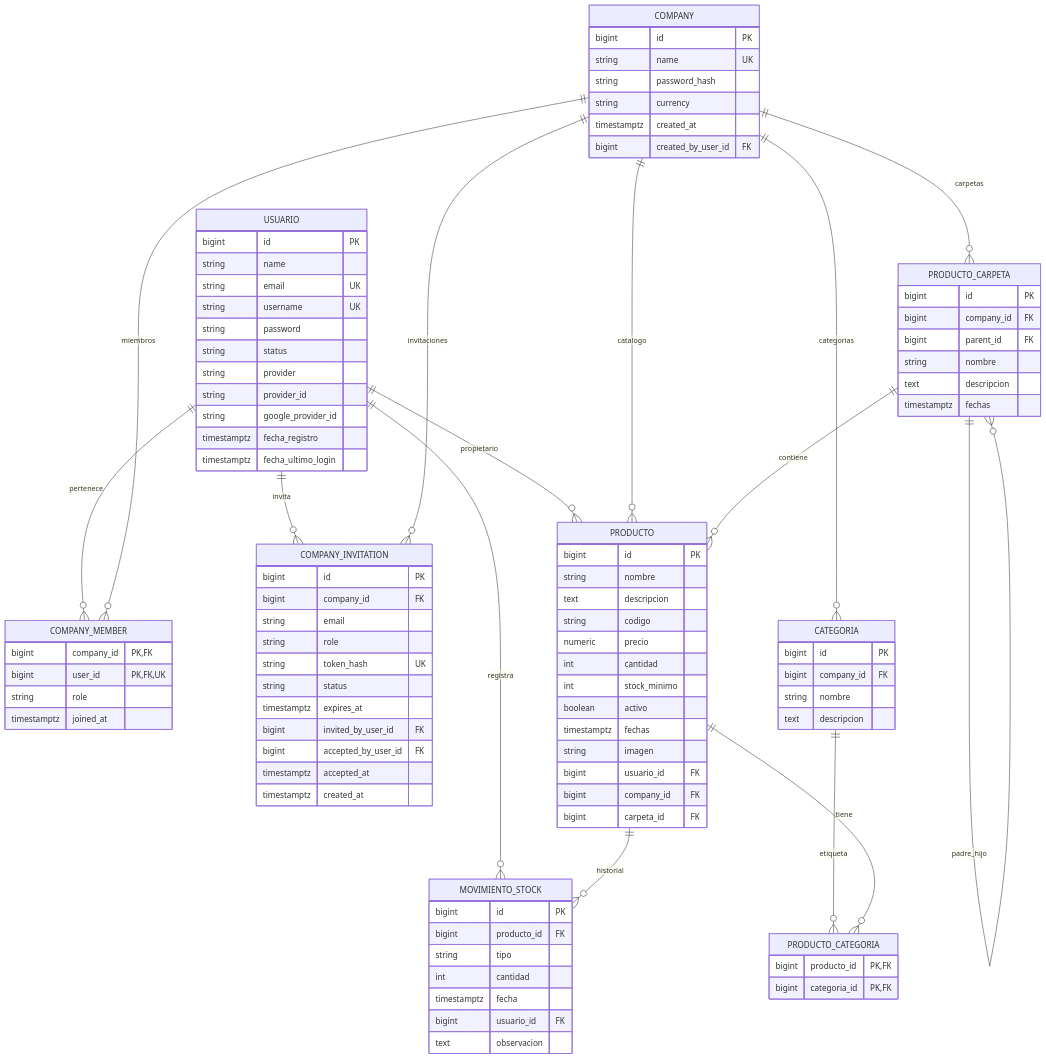
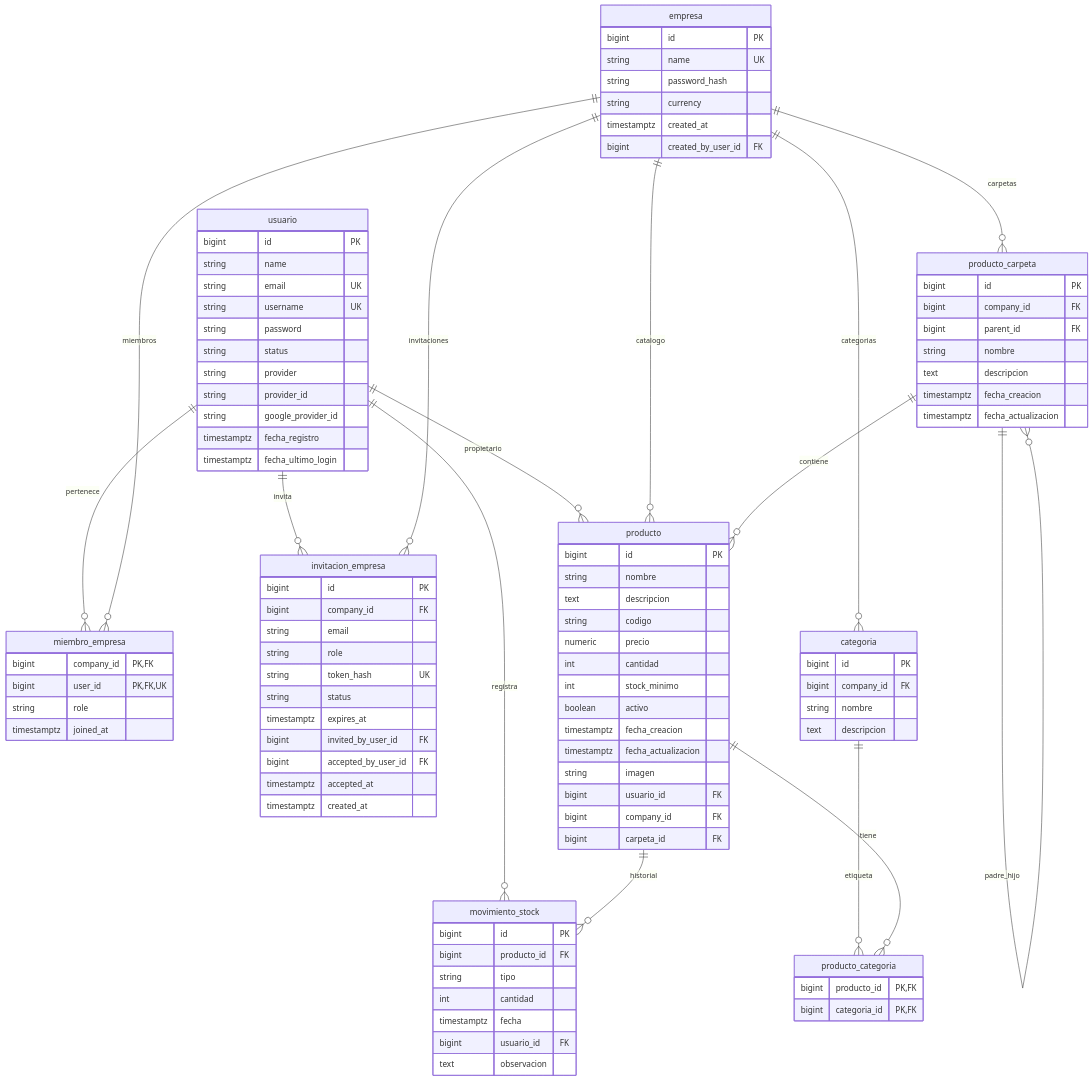
Before and after one commit to Cheng17415/StoRy: the first of 9 diagrams in documentacion/StoRy-guia-tecnica.md, drawn with Mermaid. The commit also changed other lines of this file and 25 other files, not shown here.

````diff
--- a/documentacion/StoRy-guia-tecnica.md
+++ b/documentacion/StoRy-guia-tecnica.md
@@ -34,30 +33,30 @@
 ```mermaid
 erDiagram
-    USUARIO ||--o{ COMPANY_MEMBER : pertenece
-    COMPANY ||--o{ COMPANY_MEMBER : miembros
-    USUARIO ||--o{ MOVIMIENTO_STOCK : registra
-    USUARIO ||--o{ COMPANY_INVITATION : invita
-    USUARIO ||--o{ PRODUCTO : propietario
+    usuario ||--o{ miembro_empresa : pertenece
+    empresa ||--o{ miembro_empresa : miembros
+    usuario ||--o{ movimiento_stock : registra
+    usuario ||--o{ invitacion_empresa : invita
+    usuario ||--o{ producto : propietario
 
-    COMPANY ||--o{ COMPANY_INVITATION : invitaciones
-    COMPANY ||--o{ PRODUCTO : catalogo
-    COMPANY ||--o{ PRODUCTO_CARPETA : carpetas
-    COMPANY ||--o{ CATEGORIA : categorias
+    empresa ||--o{ invitacion_empresa : invitaciones
+    empresa ||--o{ producto : catalogo
+    empresa ||--o{ producto_carpeta : carpetas
+    empresa ||--o{ categoria : categorias
 
-    CATEGORIA ||--o{ PRODUCTO_CATEGORIA : etiqueta
-    PRODUCTO ||--o{ PRODUCTO_CATEGORIA : tiene
+    categoria ||--o{ producto_categoria : etiqueta
+    producto ||--o{ producto_categoria : tiene
 
-    PRODUCTO_CARPETA ||--o{ PRODUCTO_CARPETA : padre_hijo
-    PRODUCTO_CARPETA ||--o{ PRODUCTO : contiene
+    producto_carpeta ||--o{ producto_carpeta : padre_hijo
+    producto_carpeta ||--o{ producto : contiene
 
-    PRODUCTO ||--o{ MOVIMIENTO_STOCK : historial
+    producto ||--o{ movimiento_stock : historial
 
-    PRODUCTO_CATEGORIA {
+    producto_categoria {
         bigint producto_id PK,FK
         bigint categoria_id PK,FK
     }
 
-    USUARIO {
+    usuario {
         bigint id PK
         string name
         string email UK
@@ -71,7 +70,7 @@
         timestamptz fecha_ultimo_login
     }
 
-    COMPANY {
+    empresa {
         bigint id PK
         string name UK
         string password_hash
@@ -80,14 +79,14 @@
         bigint created_by_user_id FK
     }
 
-    COMPANY_MEMBER {
+    miembro_empresa {
         bigint company_id PK,FK
         bigint user_id PK,FK,UK
         string role
         timestamptz joined_at
     }
 
-    COMPANY_INVITATION {
+    invitacion_empresa {
         bigint id PK
         bigint company_id FK
         string email
@@ -101,14 +100,14 @@
         timestamptz created_at
     }
 
-    CATEGORIA {
+    categoria {
         bigint id PK
         bigint company_id FK
         string nombre
         text descripcion
     }
 
-    PRODUCTO {
+    producto {
         bigint id PK
         string nombre
         text descripcion
@@ -117,23 +116,25 @@
         int cantidad
         int stock_minimo
         boolean activo
-        timestamptz fechas
+        timestamptz fecha_creacion
+        timestamptz fecha_actualizacion
         string imagen
         bigint usuario_id FK
         bigint company_id FK
         bigint carpeta_id FK
     }
 
-    PRODUCTO_CARPETA {
+    producto_carpeta {
         bigint id PK
         bigint company_id FK
         bigint parent_id FK
         string nombre
         text descripcion
-        timestamptz fechas
+        timestamptz fecha_creacion
+        timestamptz fecha_actualizacion
     }
 
-    MOVIMIENTO_STOCK {
+    movimiento_stock {
         bigint id PK
         bigint producto_id FK
         string tipo
````
